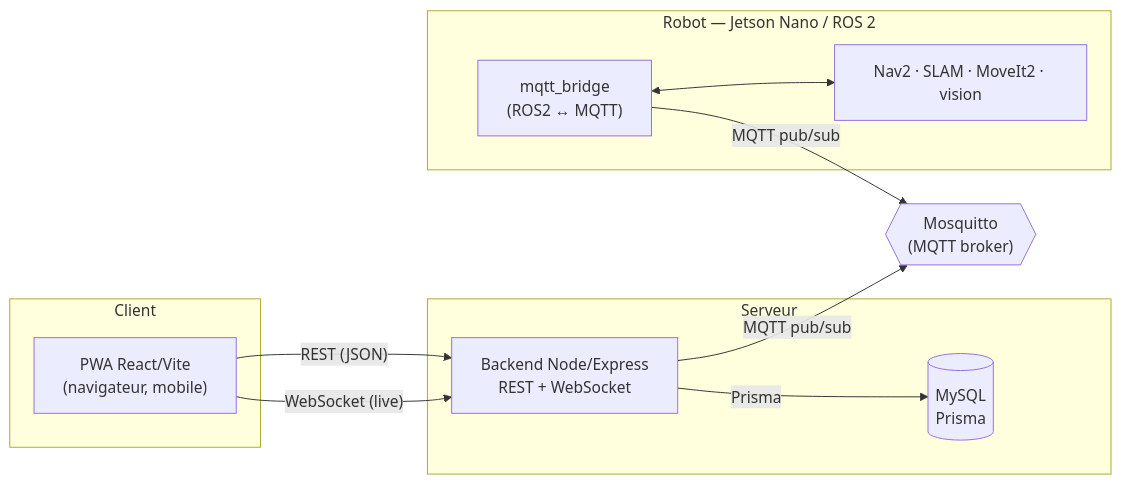
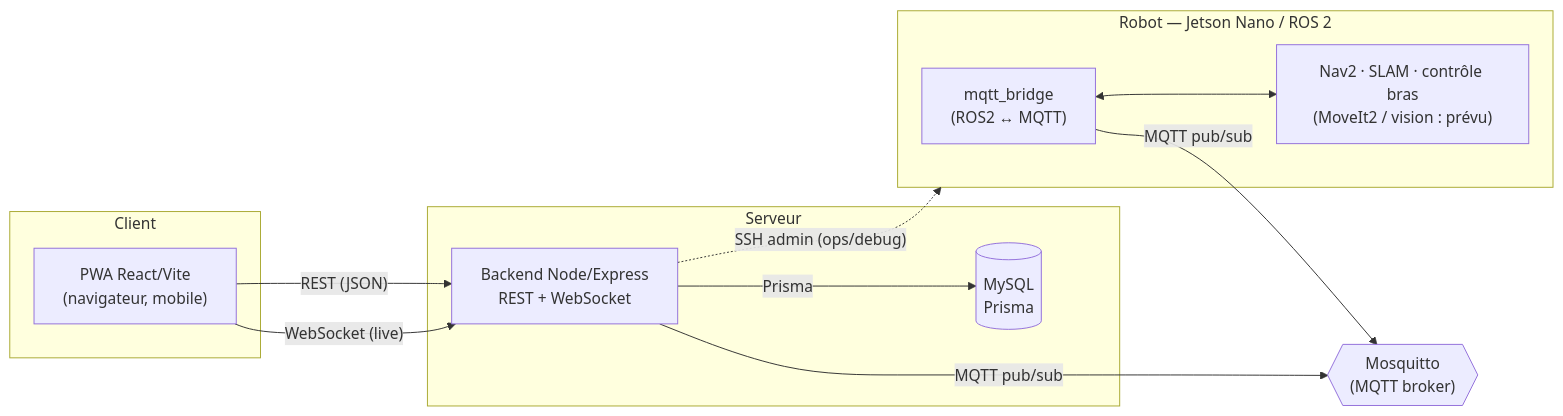
The diagram in docs/architecture.md (Roblaude/Roblaude), drawn with Mermaid before and after one commit. The commit also changed other lines of this file and 2 other files, not shown here.

Commit message:
docs: corrections post-review (mosquitto, seed, SSH, API)

````diff
--- a/docs/architecture.md
+++ b/docs/architecture.md
@@ -9,25 +9,26 @@
 ```mermaid
 flowchart LR
   subgraph Client
     PWA["PWA React/Vite<br/>(navigateur, mobile)"]
   end
 
   subgraph Serveur
     API["Backend Node/Express<br/>REST + WebSocket"]
     DB[("MySQL<br/>Prisma")]
   end
 
   BROKER{{"Mosquitto<br/>(MQTT broker)"}}
 
   subgraph Robot["Robot — Jetson Nano / ROS 2"]
     BRIDGE["mqtt_bridge<br/>(ROS2 ↔ MQTT)"]
-    ROS["Nav2 · SLAM · MoveIt2 · vision"]
+    ROS["Nav2 · SLAM · contrôle bras<br/>(MoveIt2 / vision : prévu)"]
   end
 
   PWA -- "REST (JSON)" --> API
   PWA -- "WebSocket (live)" --> API
   API -- "Prisma" --> DB
   API -- "MQTT pub/sub" --> BROKER
   BRIDGE -- "MQTT pub/sub" --> BROKER
   BRIDGE <--> ROS
+  API -. "SSH admin (ops/debug)" .-> Robot
 ```
````
